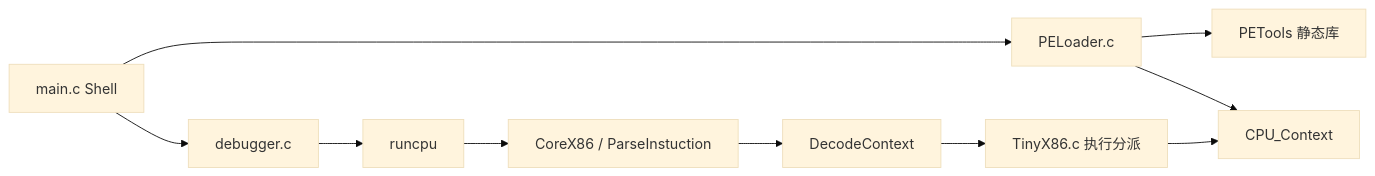
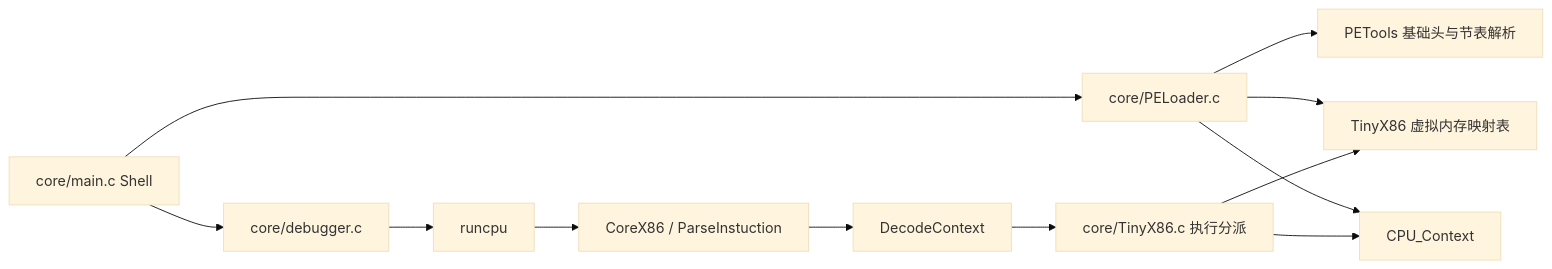
The diagram in docs/architecture.md (582835293/TinyX86), drawn with Mermaid (base theme) before and after one commit. The commit also changed other lines of this file and 47 other files, not shown here.

````diff
--- a/docs/architecture.md
+++ b/docs/architecture.md
@@ -3,12 +3,14 @@
 ```mermaid
 flowchart LR
-  Shell[main.c Shell] --> Loader[PELoader.c]
-  Loader --> PE[PETools 静态库]
+  Shell[core/main.c Shell] --> Loader[core/PELoader.c]
+  Loader --> PE[PETools 基础头与节表解析]
+  Loader --> VMem[TinyX86 虚拟内存映射表]
   Loader --> CPU[CPU_Context]
-  Shell --> Debugger[debugger.c]
+  Shell --> Debugger[core/debugger.c]
   Debugger --> Run[runcpu]
   Run --> Decode[CoreX86 / ParseInstuction]
   Decode --> Context[DecodeContext]
-  Context --> Execute[TinyX86.c 执行分派]
+  Context --> Execute[core/TinyX86.c 执行分派]
   Execute --> CPU
+  Execute --> VMem
 ```
````
